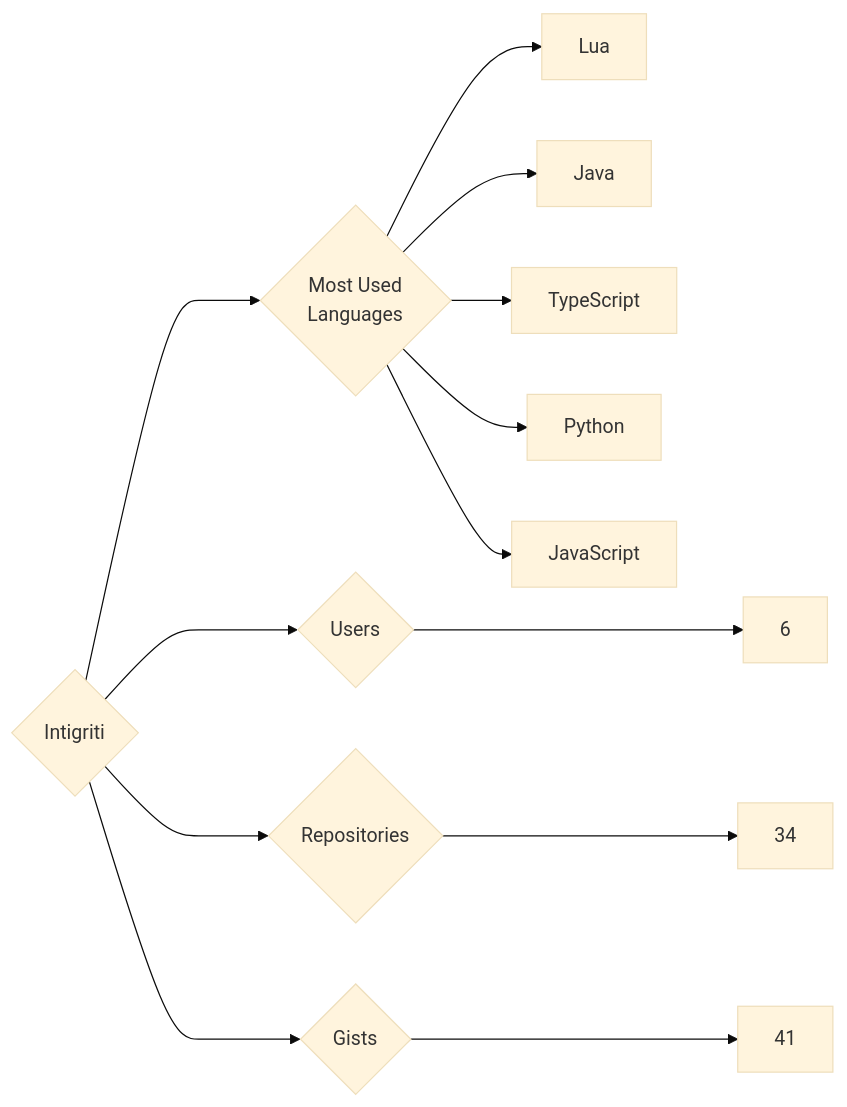
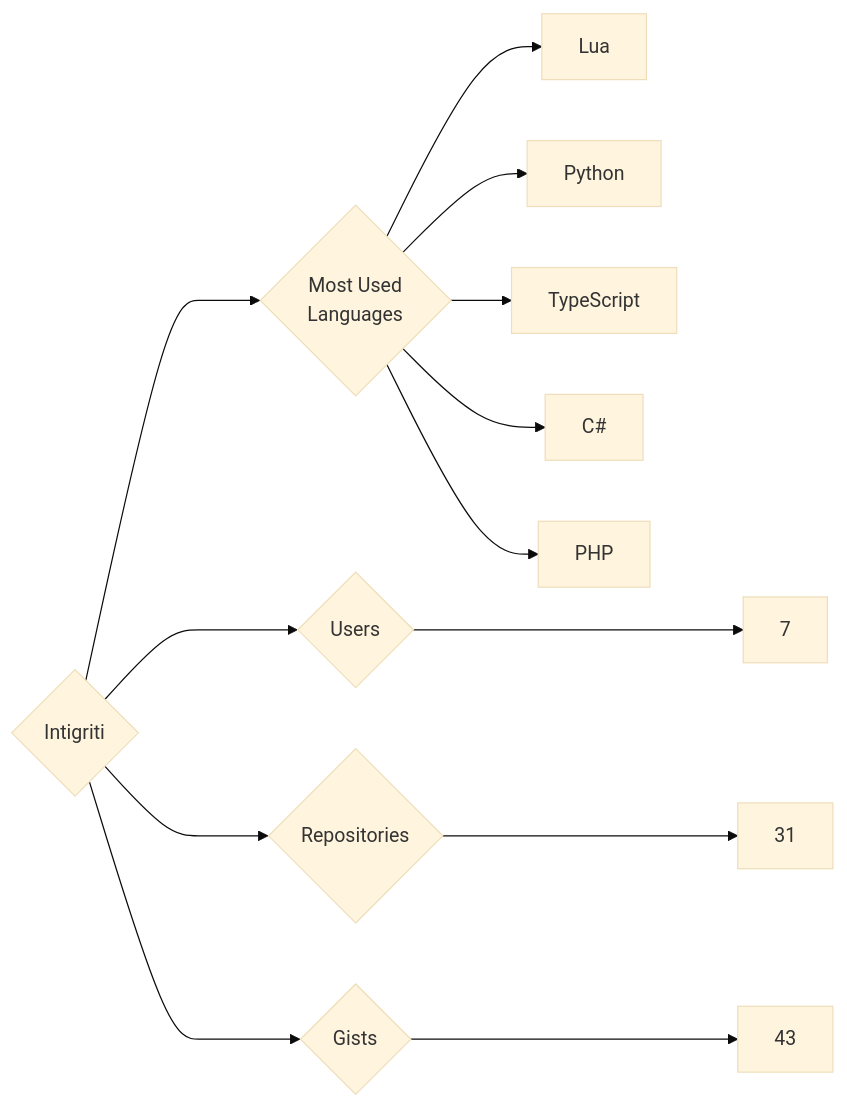
The diagram in targets/Intigriti/README.md (trickest/insiders), drawn with Mermaid (base theme) before and after one commit. The commit also changed 1088 other files, not shown here.

````diff
--- a/targets/Intigriti/README.md
+++ b/targets/Intigriti/README.md
@@ -3,13 +3,13 @@
 ```mermaid
 graph LR
 COMPANY_NAME{Intigriti}
-COMPANY_NAME ---> U{Users} ---> UN[6]
-COMPANY_NAME ---> R{Repositories} ---> RN[34]
-COMPANY_NAME ---> G{Gists} ---> GN[41]
+COMPANY_NAME ---> U{Users} ---> UN[7]
+COMPANY_NAME ---> R{Repositories} ---> RN[31]
+COMPANY_NAME ---> G{Gists} ---> GN[43]
 COMPANY_NAME ---> ML{Most Used<br>Languages}
 ML --> Lua[Lua]
-ML --> Java[Java]
+ML --> Python[Python]
 ML --> TypeScript[TypeScript]
-ML --> Python[Python]
-ML --> JavaScript[JavaScript]
+ML --> C#[C#]
+ML --> PHP[PHP]
 ```
````
